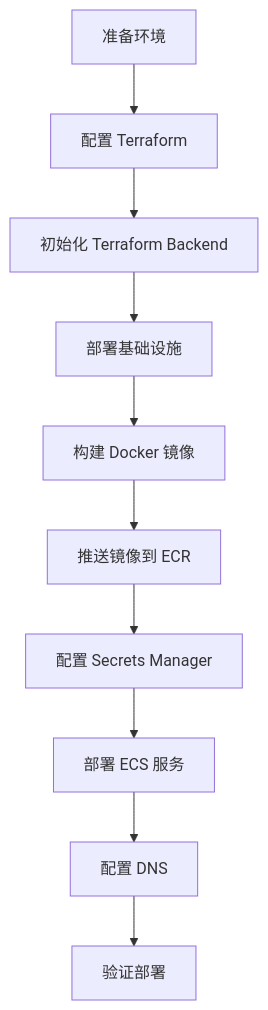
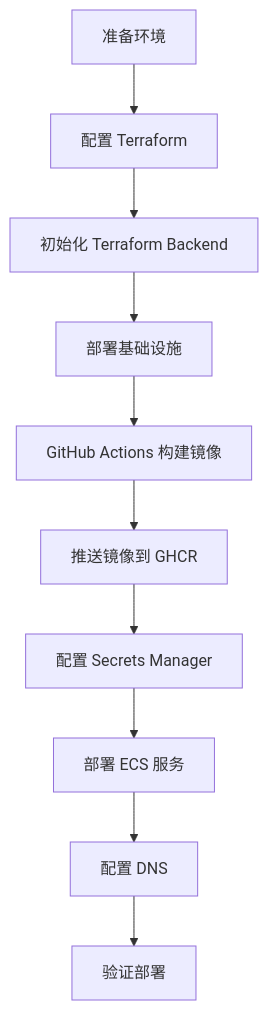
Before and after one commit to getsyntegrity/knowhere: the diagram in deploy/DEPLOYMENT_AWS.md, drawn with Mermaid. The commit also changed other lines of this file and 28 other files, not shown here.

````diff
--- a/deploy/DEPLOYMENT_AWS.md
+++ b/deploy/DEPLOYMENT_AWS.md
@@ -89,12 +208,12 @@
 ```mermaid
 graph TD
     A[准备环境] --> B[配置 Terraform]
     B --> C[初始化 Terraform Backend]
     C --> D[部署基础设施]
-    D --> E[构建 Docker 镜像]
-    E --> F[推送镜像到 ECR]
+    D --> E[GitHub Actions 构建镜像]
+    E --> F[推送镜像到 GHCR]
     F --> G[配置 Secrets Manager]
     G --> H[部署 ECS 服务]
     H --> I[配置 DNS]
     I --> J[验证部署]
 ```
````
